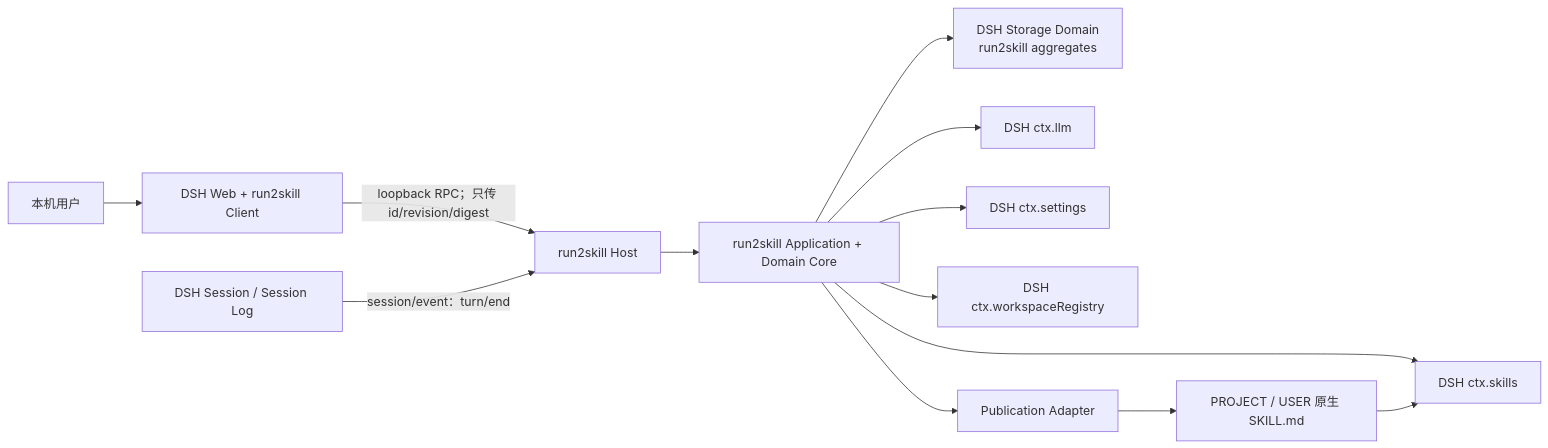
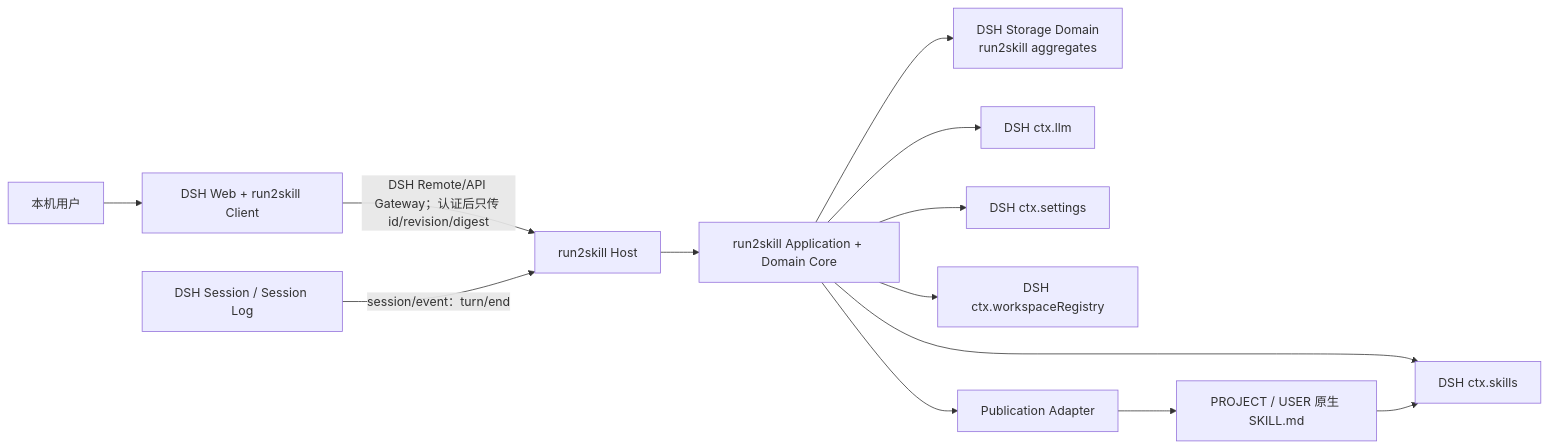
The first of 3 diagrams in docs/architecture/baseline.md (qkycir-123/dsh-run2skill), drawn with Mermaid before and after one commit. The commit also changed other lines of this file and 52 other files, not shown here.

First line of the commit message:
适配 DSH 0.1.2-rc.1 Remote 与浏览器认证架构 (#156)

````diff
--- a/docs/architecture/baseline.md
+++ b/docs/architecture/baseline.md
@@ -70,15 +72,15 @@
 ```mermaid
 flowchart LR
     User["本机用户"] --> Web["DSH Web + run2skill Client"]
-    Web -->|"loopback RPC；只传 id/revision/digest"| Host["run2skill Host"]
+    Web -->|"DSH Remote/API Gateway；认证后只传 id/revision/digest"| Host["run2skill Host"]
     DSHSession["DSH Session / Session Log"] -->|"session/event：turn/end"| Host
     Host --> Core["run2skill Application + Domain Core"]
     Core --> Store["DSH Storage Domain<br/>run2skill aggregates"]
     Core --> LLM["DSH ctx.llm"]
     Core --> Skills["DSH ctx.skills"]
     Core --> Settings["DSH ctx.settings"]
     Core --> Workspace["DSH ctx.workspaceRegistry"]
     Core --> Publisher["Publication Adapter"]
     Publisher --> Native["PROJECT / USER 原生 SKILL.md"]
     Native --> Skills
 ```
````
